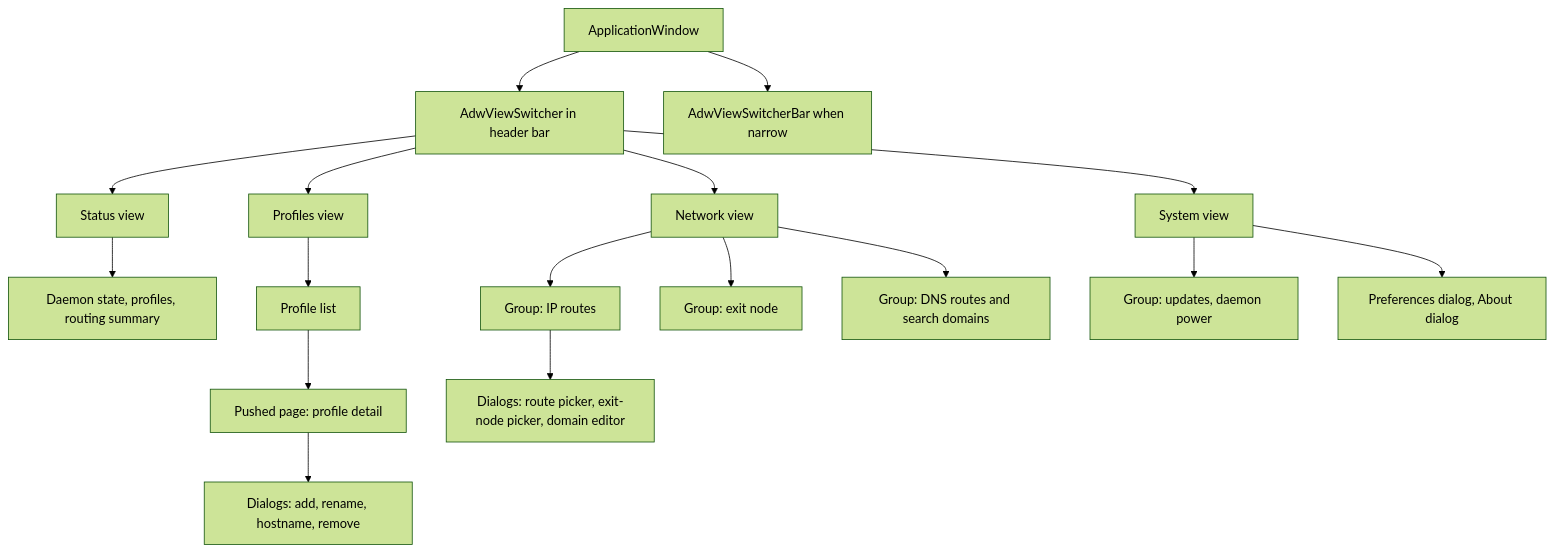
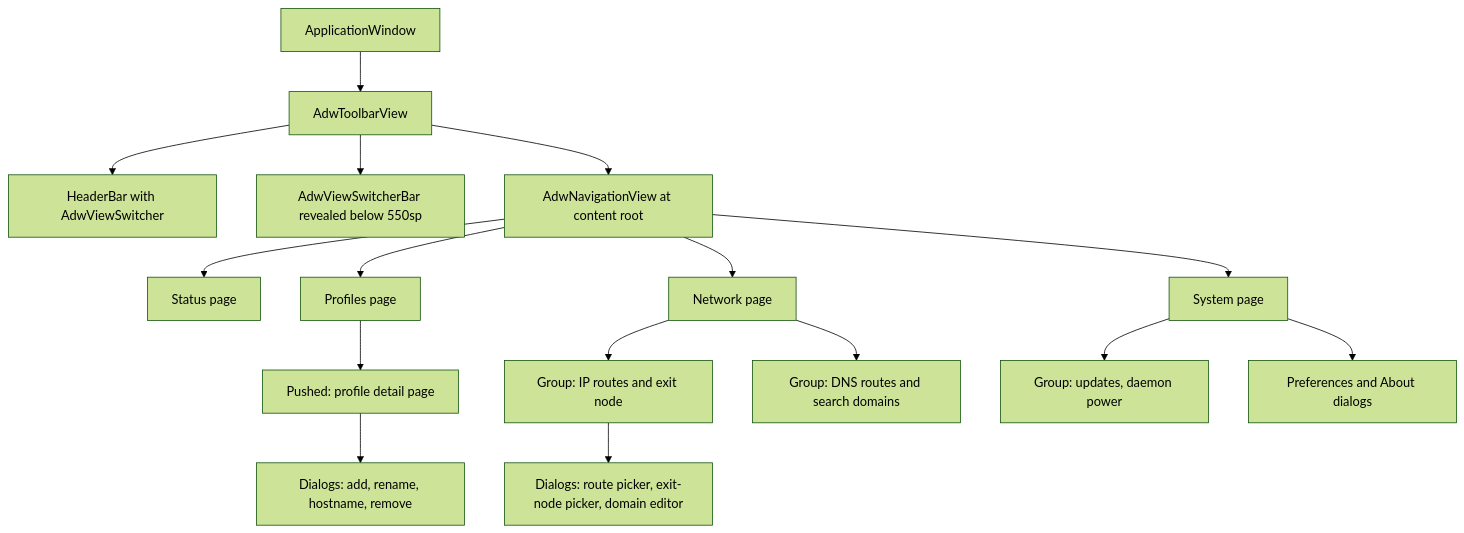
The first of 3 diagrams in docs/plans/2026-11-01-1426-feat-tailmix-gui-plan.md (nhubaotruong/tailmix), drawn with Mermaid (forest theme) before and after one commit. The commit also changed other lines of this file, not shown here.

````diff
--- a/docs/plans/2026-11-01-1426-feat-tailmix-gui-plan.md
+++ b/docs/plans/2026-11-01-1426-feat-tailmix-gui-plan.md
@@ -186,19 +201,18 @@
 ```mermaid
 flowchart TB
-  Win[ApplicationWindow] --> Sw[AdwViewSwitcher in header bar]
-  Win --> Bar[AdwViewSwitcherBar when narrow]
-  Sw --> Status[Status view]
-  Sw --> Profiles[Profiles view]
-  Sw --> Network[Network view]
-  Sw --> System[System view]
-  Status --> Summary[Daemon state, profiles, routing summary]
-  Profiles --> List[Profile list]
-  List --> Detail[Pushed page: profile detail]
-  Detail --> ProfileDialogs[Dialogs: add, rename, hostname, remove]
-  Network --> RouteGroup[Group: IP routes]
-  Network --> ExitGroup[Group: exit node]
+  Win[ApplicationWindow] --> TV[AdwToolbarView]
+  TV --> HB[HeaderBar with AdwViewSwitcher]
+  TV --> Bar[AdwViewSwitcherBar revealed below 550sp]
+  TV --> NV[AdwNavigationView at content root]
+  NV --> Status[Status page]
+  NV --> Profiles[Profiles page]
+  Profiles --> Detail[Pushed: profile detail page]
+  NV --> Network[Network page]
+  NV --> System[System page]
+  Detail --> Dialogs[Dialogs: add, rename, hostname, remove]
+  Network --> RouteGroup[Group: IP routes and exit node]
   Network --> DNSGroup[Group: DNS routes and search domains]
   RouteGroup --> Pickers[Dialogs: route picker, exit-node picker, domain editor]
   System --> Updates[Group: updates, daemon power]
-  System --> Prefs[Preferences dialog, About dialog]
+  System --> Prefs[Preferences and About dialogs]
 ```
````
